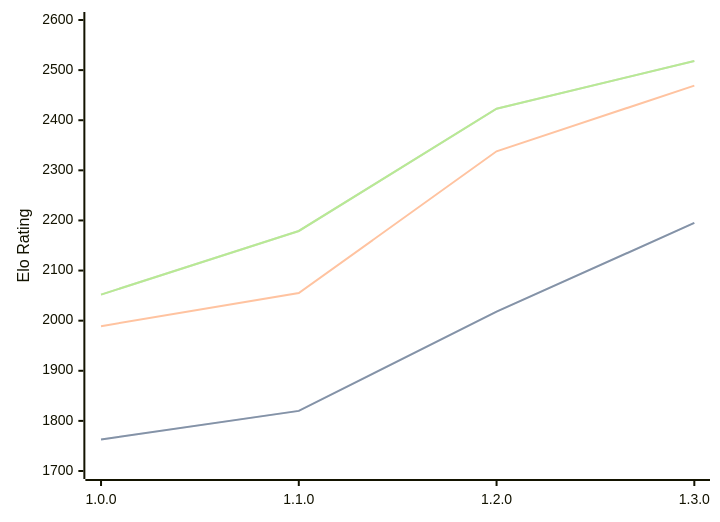
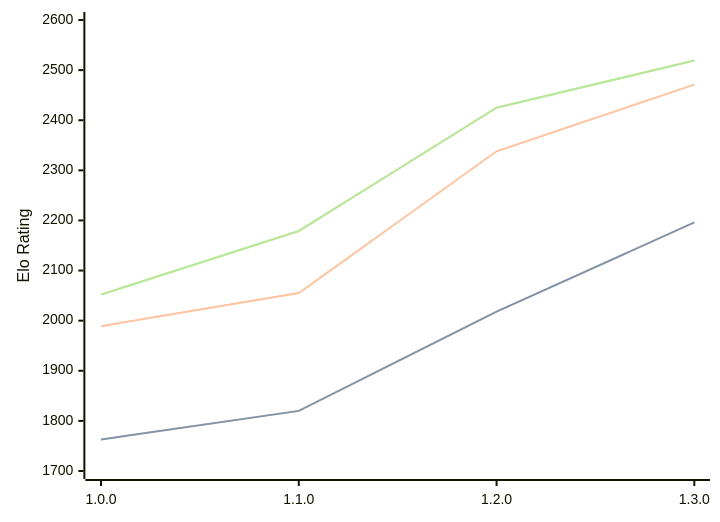
One commit to computer-chess-index/cci changed the diagram in engines/Anodos.md. Above: the diagram before and after it, drawn with Mermaid. The commit also changed other lines of this file, not shown here.

Commit message:
Update CCI Ratings (ELO VLTC) - 2026-04-09

````diff
--- a/engines/Anodos.md
+++ b/engines/Anodos.md
@@ -45,11 +45,11 @@
 ```mermaid
 %%{init: {"theme":"base","themeVariables":{"seriesColors:['#a3a3a3','#222221','#faa371']}}}%%
 xychart-beta
   x-axis ["1.0.0", "1.1.0", "1.2.0", "1.3.0"]
   y-axis "Elo Rating" 1700 --> 2600
-  line "STC (8.0+0.08s)" [1763, 1820, 2018, 2195]
-  line "STC (8.0+0.08s)" [1763, 1820, 2018, 2195]
-  line "LTC (60.0+0.60s)" [1989, 2055, 2338, 2469]
-  line "VLTC (2m24s+1.12s)" [2052, 2179, 2423, 2518]
-  line "VLTC (2m24s+1.12s)" [2052, 2179, 2423, 2518]
+  line "STC (8.0+0.08s)" [1763, 1820, 2018, 2196]
+  line "STC (8.0+0.08s)" [1763, 1820, 2018, 2196]
+  line "LTC (60.0+0.60s)" [1989, 2055, 2338, 2471]
+  line "VLTC (2m24s+1.12s)" [2052, 2179, 2425, 2519]
+  line "VLTC (2m24s+1.12s)" [2052, 2179, 2425, 2519]
 ```
````
